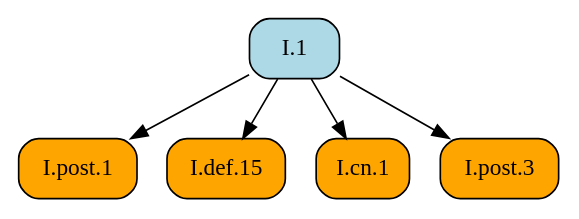
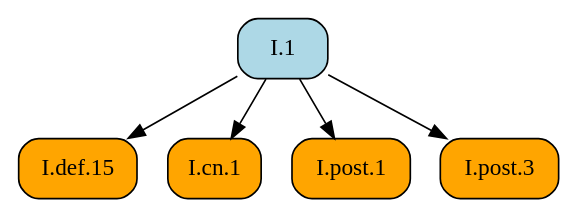
One commit to geometor/elements changed the diagram in docsrc/elements2/I/1/index.rst. Above: the diagram before and after it, drawn with Graphviz. The commit also changed other lines of this file and 409 other files, not shown here.

First line of the commit message:
feat: Add image cropping and graphic extraction script

```diff
--- a/docsrc/elements2/I/1/index.rst
+++ b/docsrc/elements2/I/1/index.rst
@@ -123,15 +123,15 @@
 .. graphviz::
 
    digraph {
      rankdir="TB";
      node [shape=box, style=rounded];
+     "I.def.15" [style="rounded,filled", fillcolor=orange, URL="/elements2/I/def.15/", target="_top"];
+     "I.1" [style="rounded,filled", fillcolor=lightblue, URL="/elements2/I/1/", target="_top"];
+     "I.cn.1" [style="rounded,filled", fillcolor=orange, URL="/elements2/I/cn.1/", target="_top"];
      "I.post.1" [style="rounded,filled", fillcolor=orange, URL="/elements2/I/post.1/", target="_top"];
-     "I.1" [style="rounded,filled", fillcolor=lightblue, URL="/elements2/I/1/", target="_top"];
-     "I.def.15" [style="rounded,filled", fillcolor=orange, URL="/elements2/I/def.15/", target="_top"];
-     "I.cn.1" [style="rounded,filled", fillcolor=orange, URL="/elements2/I/cn.1/", target="_top"];
      "I.post.3" [style="rounded,filled", fillcolor=orange, URL="/elements2/I/post.3/", target="_top"];
-     "I.1" -> "I.post.1";
      "I.1" -> "I.def.15";
      "I.1" -> "I.cn.1";
+     "I.1" -> "I.post.1";
      "I.1" -> "I.post.3";
    }
```
